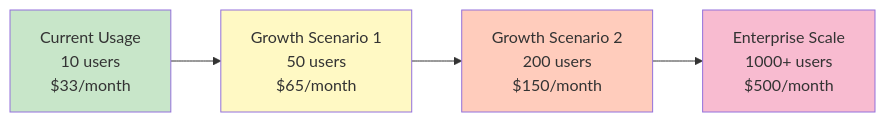
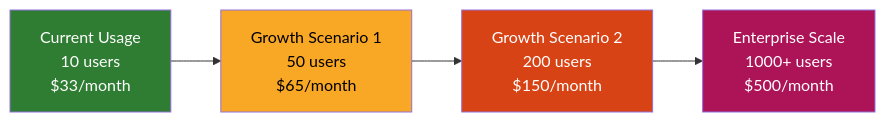
The tenth of 15 diagrams in AWS_DEPLOYMENT_EXECUTIVE_GUIDE.md (SamyamoyRakshitSigmoid/MCP-Exploration), drawn with Mermaid before and after one commit. The commit also changed other lines of this file, not shown here.

Commit message:
style: Update diagram colors for improved visibility and consistency

````diff
--- a/AWS_DEPLOYMENT_EXECUTIVE_GUIDE.md
+++ b/AWS_DEPLOYMENT_EXECUTIVE_GUIDE.md
@@ -523,11 +523,11 @@
 ```mermaid
 graph LR
     A[Current Usage<br/>10 users<br/>$33/month] --> B[Growth Scenario 1<br/>50 users<br/>$65/month]
     B --> C[Growth Scenario 2<br/>200 users<br/>$150/month]
     C --> D[Enterprise Scale<br/>1000+ users<br/>$500/month]
     
-    style A fill:#c8e6c9
-    style B fill:#fff9c4
-    style C fill:#ffccbc
-    style D fill:#f8bbd0
+    style A fill:#2e7d32,color:#fff
+    style B fill:#f9a825,color:#000
+    style C fill:#d84315,color:#fff
+    style D fill:#ad1457,color:#fff
 ```
````
